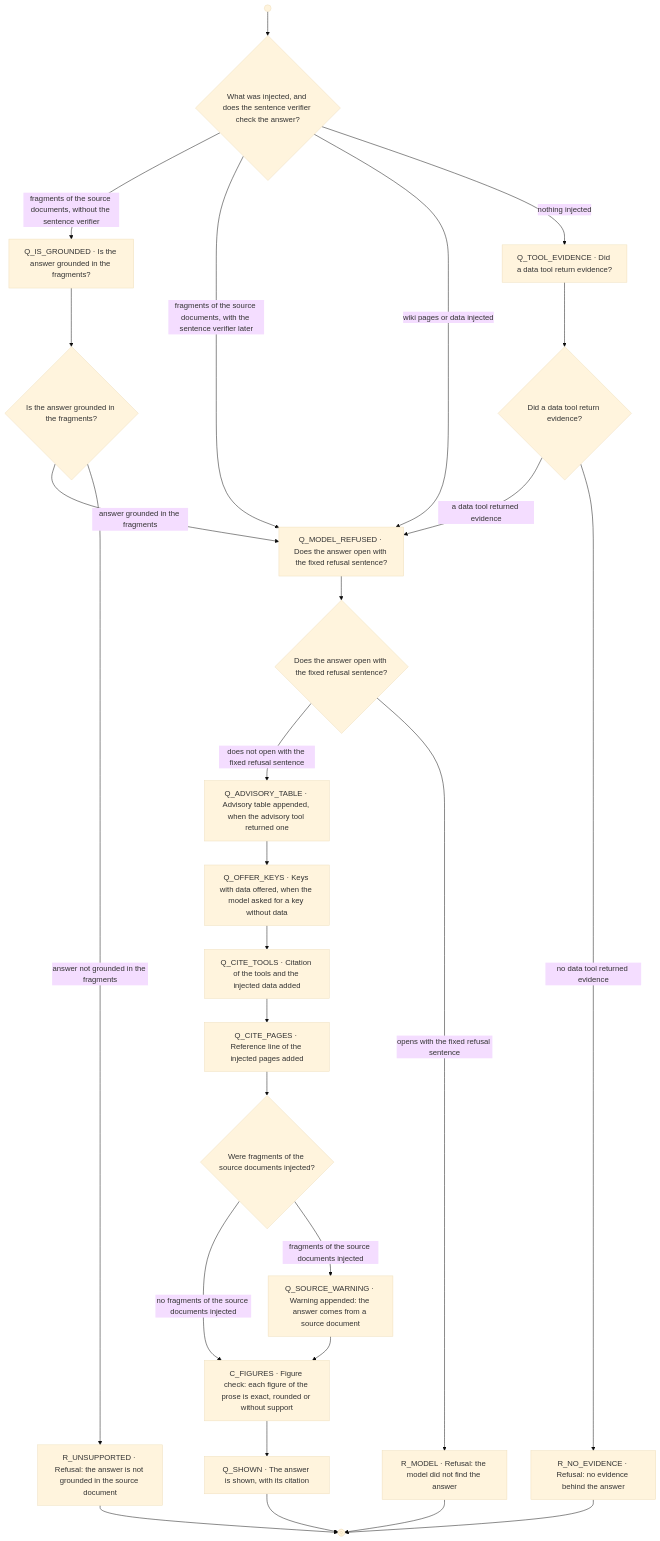
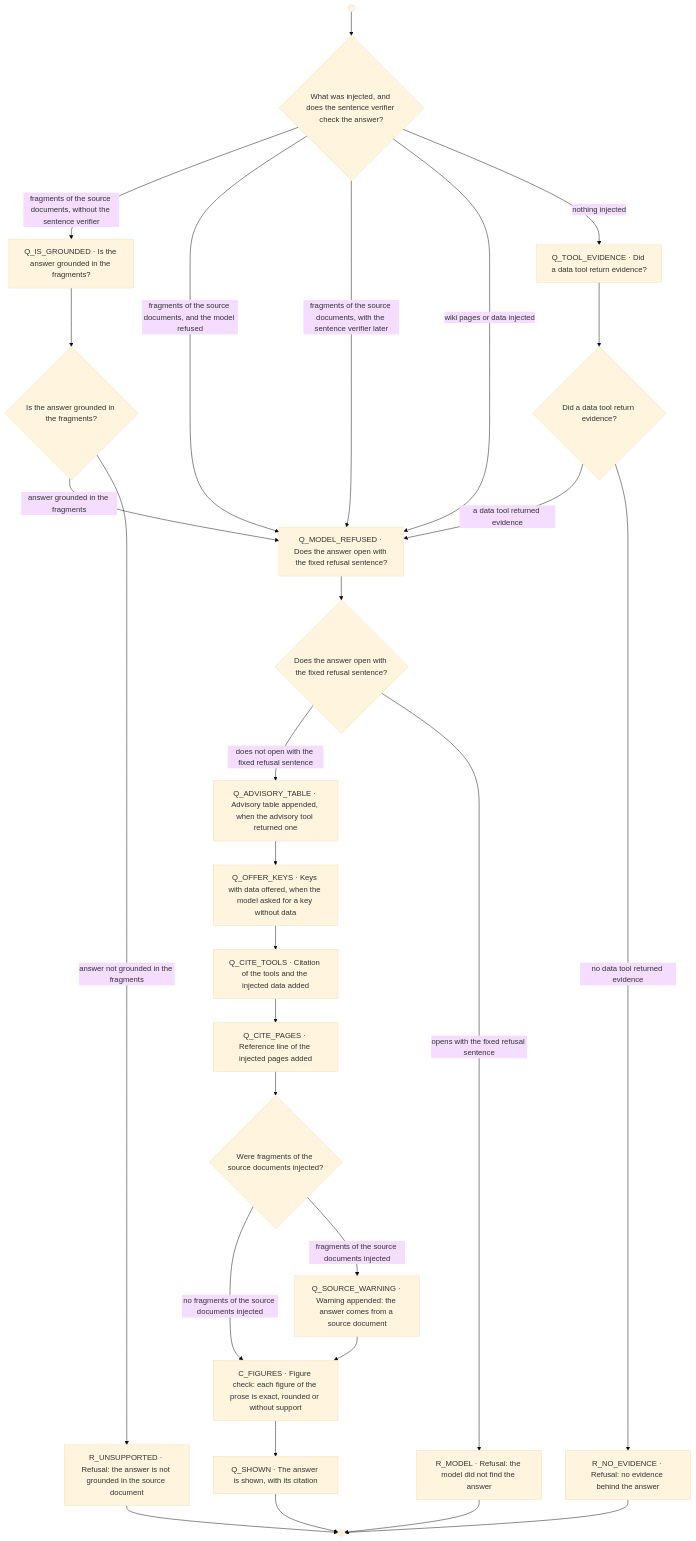
One commit to Clod/llmwiki-marimo changed the second of 4 diagrams in docs/workflow_diagrams.md. Above: the diagram before and after it, drawn with Mermaid (base theme). The commit also changed 16 other files, not shown here.

First line of the commit message:
fix: a model refusal on source fragments is the model's refusal; localized alt text

````diff
--- a/docs/workflow_diagrams.md
+++ b/docs/workflow_diagrams.md
@@ -176,50 +176,51 @@
 ```mermaid
 flowchart TD
   wf_start@{ shape: sm-circ }
   wf_end@{ shape: fr-circ }
   tier{"What was injected, and does the sentence verifier check the answer?"}
   Q_IS_GROUNDED["Q_IS_GROUNDED · Is the answer grounded in the fragments?"]
   Q_MODEL_REFUSED["Q_MODEL_REFUSED · Does the answer open with the fixed refusal sentence?"]
   Q_TOOL_EVIDENCE["Q_TOOL_EVIDENCE · Did a data tool return evidence?"]
   after_Q_IS_GROUNDED{"Is the answer grounded in the fragments?"}
   after_Q_MODEL_REFUSED{"Does the answer open with the fixed refusal sentence?"}
   after_Q_TOOL_EVIDENCE{"Did a data tool return evidence?"}
   Q_ADVISORY_TABLE["Q_ADVISORY_TABLE · Advisory table appended, when the advisory tool returned one"]
   R_MODEL["R_MODEL · Refusal: the model did not find the answer"]
   R_NO_EVIDENCE["R_NO_EVIDENCE · Refusal: no evidence behind the answer"]
   R_UNSUPPORTED["R_UNSUPPORTED · Refusal: the answer is not grounded in the source document"]
   Q_OFFER_KEYS["Q_OFFER_KEYS · Keys with data offered, when the model asked for a key without data"]
   Q_CITE_TOOLS["Q_CITE_TOOLS · Citation of the tools and the injected data added"]
   Q_CITE_PAGES["Q_CITE_PAGES · Reference line of the injected pages added"]
   after_Q_CITE_PAGES{"Were fragments of the source documents injected?"}
   C_FIGURES["C_FIGURES · Figure check: each figure of the prose is exact, rounded or without support"]
   Q_SOURCE_WARNING["Q_SOURCE_WARNING · Warning appended: the answer comes from a source document"]
   Q_SHOWN["Q_SHOWN · The answer is shown, with its citation"]
 
   wf_start --> tier
   tier -->|"fragments of the source documents, without the sentence verifier"| Q_IS_GROUNDED
+  tier -->|"fragments of the source documents, and the model refused"| Q_MODEL_REFUSED
   tier -->|"fragments of the source documents, with the sentence verifier later"| Q_MODEL_REFUSED
   tier -->|"wiki pages or data injected"| Q_MODEL_REFUSED
   tier -->|"nothing injected"| Q_TOOL_EVIDENCE
   Q_IS_GROUNDED --> after_Q_IS_GROUNDED
   Q_MODEL_REFUSED --> after_Q_MODEL_REFUSED
   Q_TOOL_EVIDENCE --> after_Q_TOOL_EVIDENCE
   after_Q_IS_GROUNDED -->|"answer grounded in the fragments"| Q_MODEL_REFUSED
   after_Q_TOOL_EVIDENCE -->|"a data tool returned evidence"| Q_MODEL_REFUSED
   after_Q_IS_GROUNDED -->|"answer not grounded in the fragments"| R_UNSUPPORTED
   after_Q_MODEL_REFUSED -->|"does not open with the fixed refusal sentence"| Q_ADVISORY_TABLE
   after_Q_MODEL_REFUSED -->|"opens with the fixed refusal sentence"| R_MODEL
   after_Q_TOOL_EVIDENCE -->|"no data tool returned evidence"| R_NO_EVIDENCE
   Q_ADVISORY_TABLE --> Q_OFFER_KEYS
   R_MODEL --> wf_end
   R_NO_EVIDENCE --> wf_end
   R_UNSUPPORTED --> wf_end
   Q_OFFER_KEYS --> Q_CITE_TOOLS
   Q_CITE_TOOLS --> Q_CITE_PAGES
   Q_CITE_PAGES --> after_Q_CITE_PAGES
   after_Q_CITE_PAGES -->|"no fragments of the source documents injected"| C_FIGURES
   after_Q_CITE_PAGES -->|"fragments of the source documents injected"| Q_SOURCE_WARNING
   Q_SOURCE_WARNING --> C_FIGURES
   C_FIGURES --> Q_SHOWN
   Q_SHOWN --> wf_end
 ```
````
